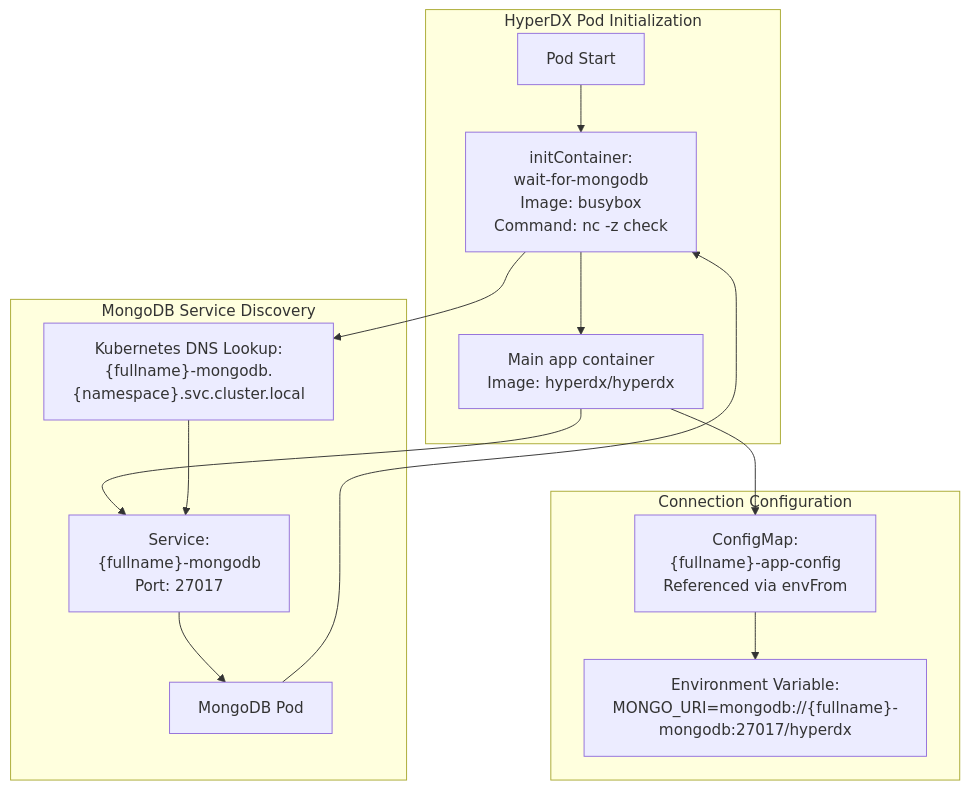
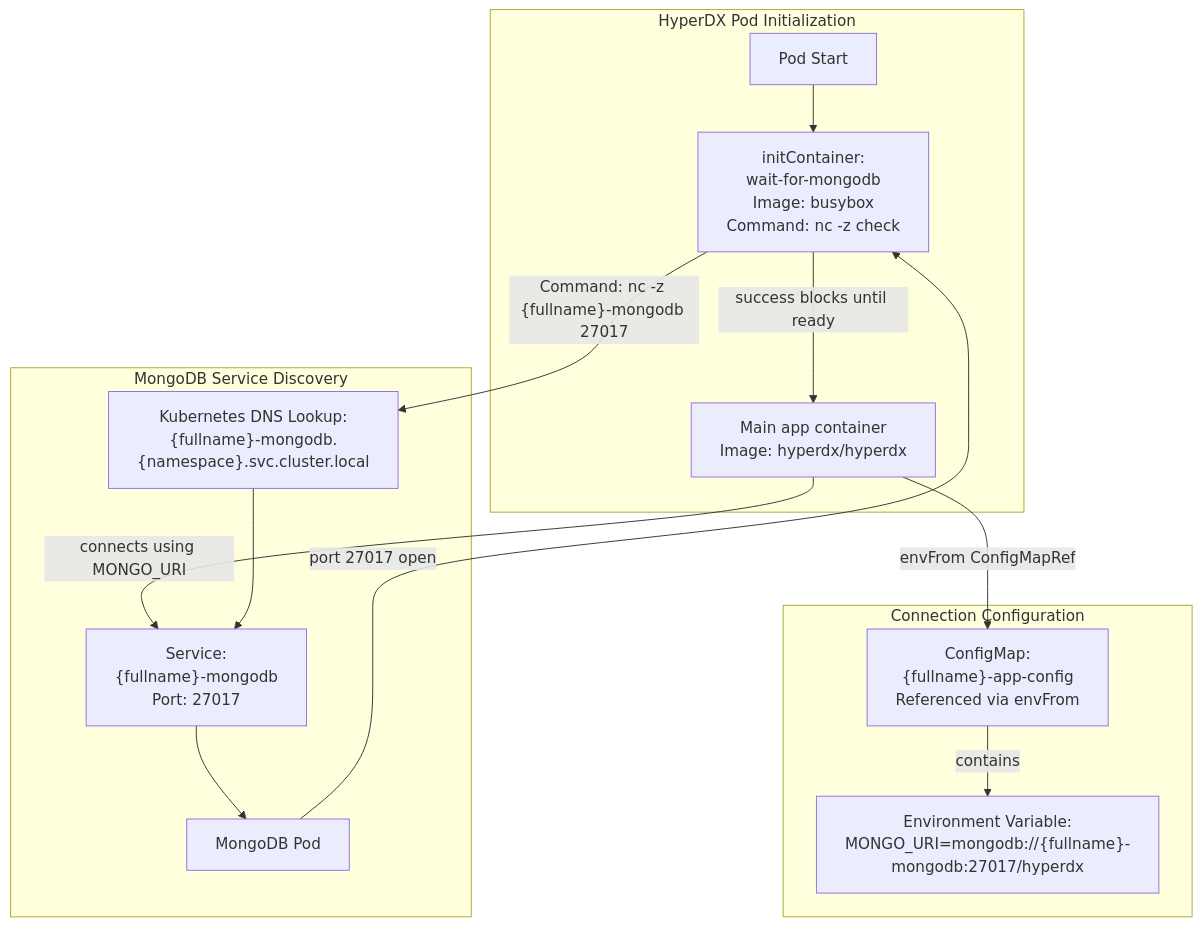
The fifth of 8 diagrams in docs/hyperdxio-helm-charts-docs/MongoDB.md (openchoreo/openchoreo), drawn with Mermaid before and after one commit. The commit also changed other lines of this file and 85 other files, not shown here.

Commit message:
feat: Add new workflow and specification templates, update Helm chart dependencies, and clarify documentation diagrams.

````diff
--- a/docs/hyperdxio-helm-charts-docs/MongoDB.md
+++ b/docs/hyperdxio-helm-charts-docs/MongoDB.md
@@ -247,39 +247,39 @@
 ```mermaid
 flowchart TD
 
 PodStart["Pod Start"]
 InitContainer["initContainer:<br>wait-for-mongodb<br>Image: busybox<br>Command: nc -z check"]
 MainContainer["Main app container<br>Image: hyperdx/hyperdx"]
 DNSLookup["Kubernetes DNS Lookup:<br>{fullname}-mongodb.{namespace}.svc.cluster.local"]
 Service["Service:<br>{fullname}-mongodb<br>Port: 27017"]
 MongoDBPod["MongoDB Pod"]
 MongoURI["Environment Variable:<br>MONGO_URI=mongodb://{fullname}-mongodb:27017/hyperdx"]
 AppConfig["ConfigMap:<br>{fullname}-app-config<br>Referenced via envFrom"]
 
-InitContainer --> DNSLookup
-MongoDBPod --> InitContainer
-MainContainer --> AppConfig
-MainContainer --> Service
+InitContainer -->|"Command: nc -z {fullname}-mongodb 27017"| DNSLookup
+MongoDBPod -->|"port 27017 open"| InitContainer
+MainContainer -->|"envFrom ConfigMapRef"| AppConfig
+MainContainer -->|"connects using MONGO_URI"| Service
 
 subgraph subGraph2 ["Connection Configuration"]
     MongoURI
     AppConfig
-    AppConfig --> MongoURI
+    AppConfig -->|"contains"| MongoURI
 end
 
 subgraph subGraph1 ["MongoDB Service Discovery"]
     DNSLookup
     Service
     MongoDBPod
     DNSLookup --> Service
     Service --> MongoDBPod
 end
 
 subgraph subGraph0 ["HyperDX Pod Initialization"]
     PodStart
     InitContainer
     MainContainer
     PodStart --> InitContainer
-    InitContainer --> MainContainer
+    InitContainer -->|"success blocks until ready"| MainContainer
 end
 ```
````
